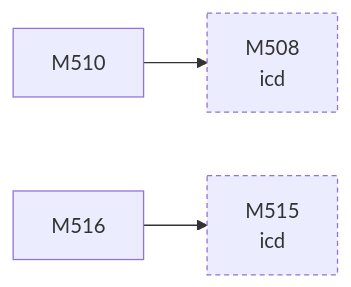
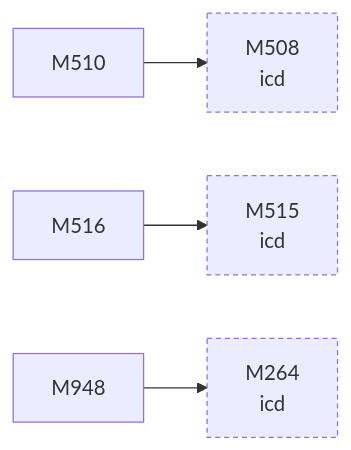
One commit to D-Ogi/amdgpu-wddm changed the third of 3 diagrams in docs/facts/graphs/linux.md. Above: the diagram before and after it, drawn with Mermaid. The commit also changed other lines of this file and 16 other files, not shown here.

````diff
--- a/docs/facts/graphs/linux.md
+++ b/docs/facts/graphs/linux.md
@@ -175,11 +174,14 @@
 ```mermaid
 flowchart LR
+  M264["M264<br/>icd"]
   M508["M508<br/>icd"]
   M510["M510"]
   M515["M515<br/>icd"]
   M516["M516"]
+  M948["M948"]
   M510 --> M508
   M516 --> M515
+  M948 --> M264
   classDef other stroke-dasharray:4 3
-  class M508,M515 other
+  class M264,M508,M515 other
 ```
````
